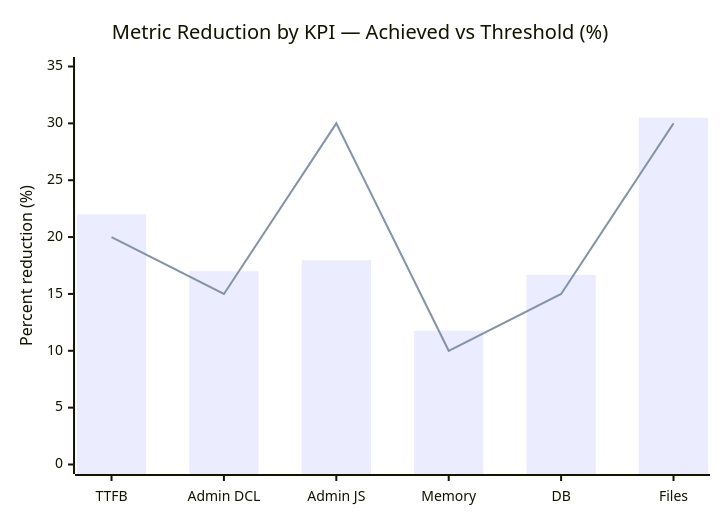
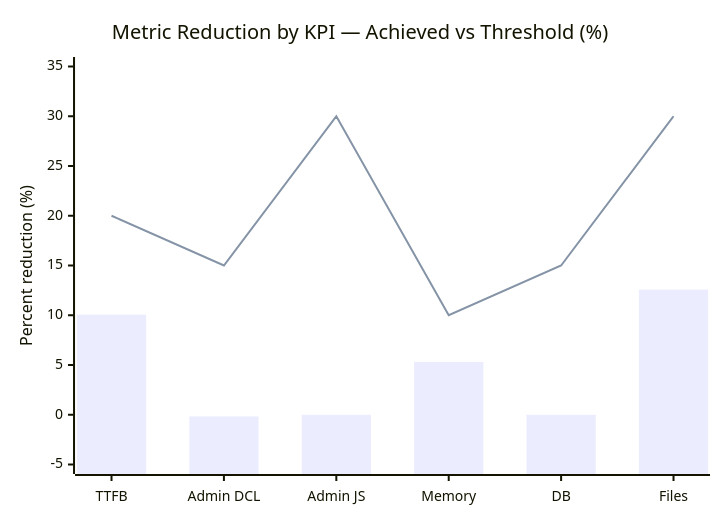
Before and after one commit to Blitzy-Sandbox/blitzy-wordpress: the fifth of 5 diagrams in benchmarks/results/performance-dashboard.md, drawn with Mermaid. The commit also changed other lines of this file and 15 other files, not shown here.

````diff
--- a/benchmarks/results/performance-dashboard.md
+++ b/benchmarks/results/performance-dashboard.md
@@ -243,8 +262,8 @@
 ```mermaid
 xychart-beta
     title "Metric Reduction by KPI — Achieved vs Threshold (%)"
     x-axis ["TTFB", "Admin DCL", "Admin JS", "Memory", "DB", "Files"]
-    y-axis "Percent reduction (%)" 0 --> 35
-    bar [22.00, 17.00, 17.97, 11.76, 16.67, 30.50]
+    y-axis "Percent reduction (%)" -5 --> 35
+    bar [10.06, -0.17, 0, 5.31, 0, 12.58]
     line [20, 15, 30, 10, 15, 30]
 ```
````
